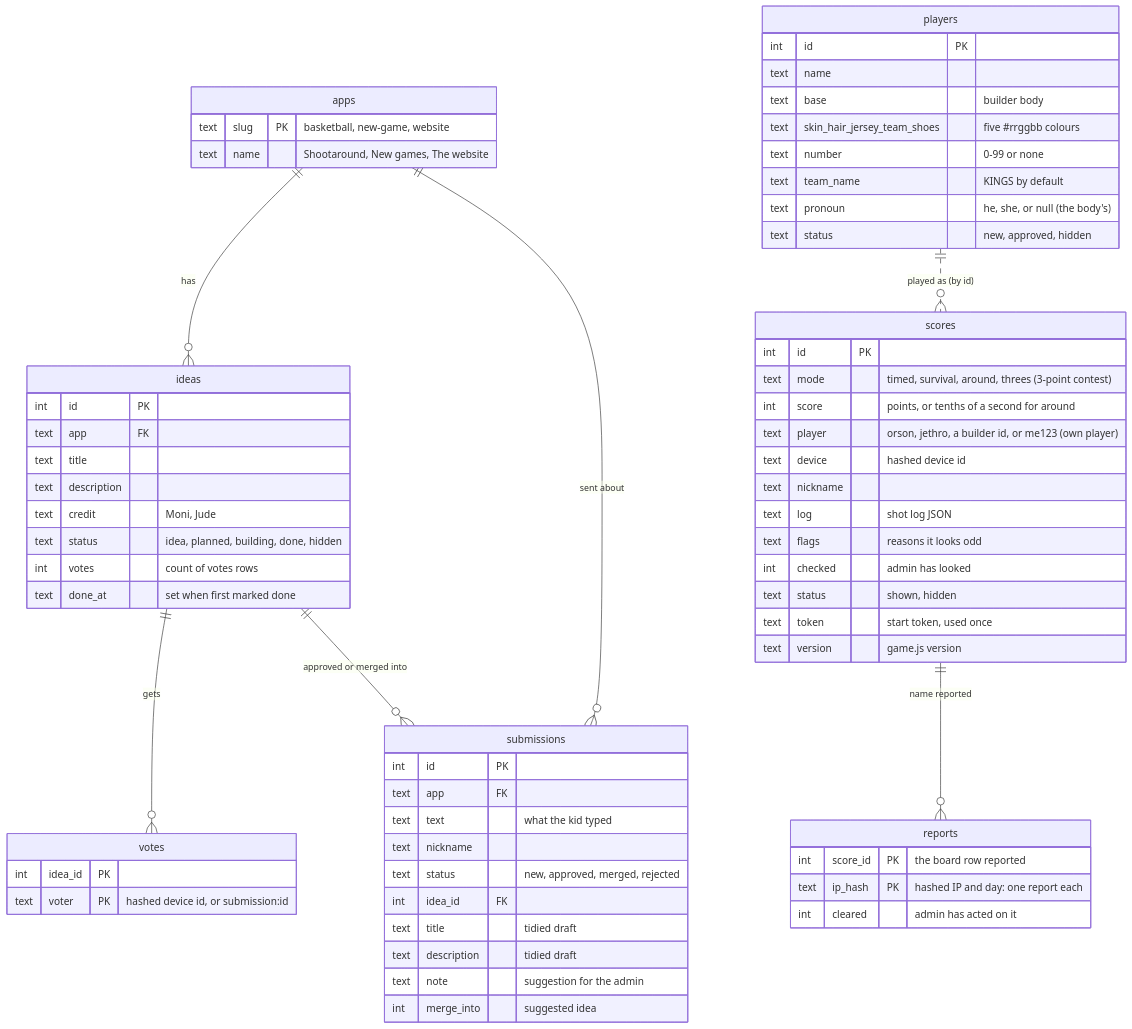
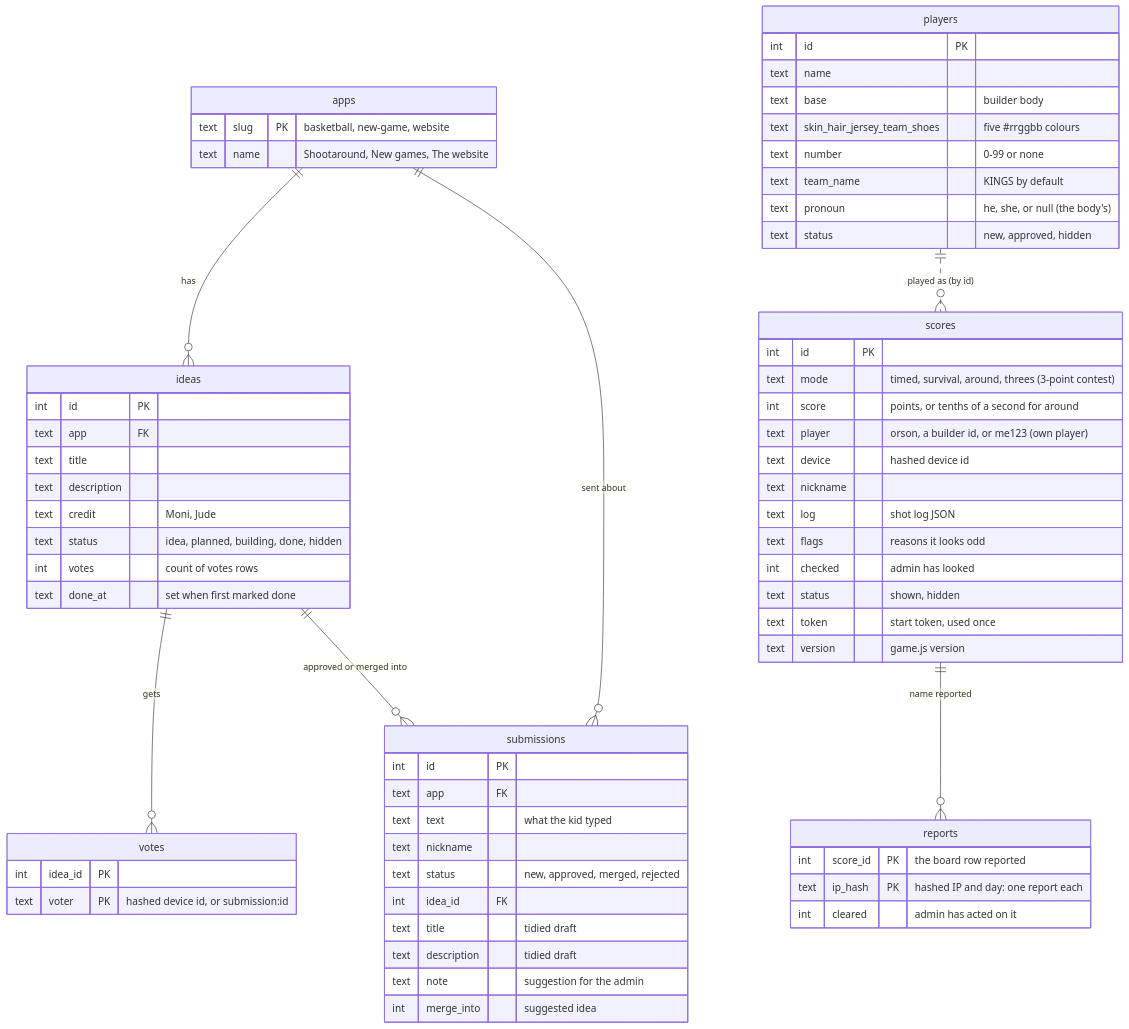
Before and after one commit to orsonbrooker/orsonbrooker.github.io: the third of 7 diagrams in docs/architecture.md, drawn with Mermaid. The commit also changed other lines of this file and 10 other files, not shown here.

First line of the commit message:
Remove Jethro as a built-in player

````diff
--- a/docs/architecture.md
+++ b/docs/architecture.md
@@ -88,69 +88,69 @@
 ```mermaid
 erDiagram
   apps ||--o{ ideas : "has"
   apps ||--o{ submissions : "sent about"
   ideas ||--o{ votes : "gets"
   ideas ||--o{ submissions : "approved or merged into"
   players ||..o{ scores : "played as (by id)"
   scores ||--o{ reports : "name reported"
 
   apps {
     text slug PK "basketball, new-game, website"
     text name "Shootaround, New games, The website"
   }
   submissions {
     int id PK
     text app FK
     text text "what the kid typed"
     text nickname
     text status "new, approved, merged, rejected"
     int idea_id FK
     text title "tidied draft"
     text description "tidied draft"
     text note "suggestion for the admin"
     int merge_into "suggested idea"
   }
   ideas {
     int id PK
     text app FK
     text title
     text description
     text credit "Moni, Jude"
     text status "idea, planned, building, done, hidden"
     int votes "count of votes rows"
     text done_at "set when first marked done"
   }
   votes {
     int idea_id PK
     text voter PK "hashed device id, or submission:id"
   }
   players {
     int id PK
     text name
     text base "builder body"
     text skin_hair_jersey_team_shoes "five #rrggbb colours"
     text number "0-99 or none"
     text team_name "KINGS by default"
     text pronoun "he, she, or null (the body's)"
     text status "new, approved, hidden"
   }
   scores {
     int id PK
     text mode "timed, survival, around, threes (3-point contest)"
     int score "points, or tenths of a second for around"
-    text player "orson, jethro, a builder id, or me123 (own player)"
+    text player "orson, a builder id, or me123 (own player)"
     text device "hashed device id"
     text nickname
     text log "shot log JSON"
     text flags "reasons it looks odd"
     int checked "admin has looked"
     text status "shown, hidden"
     text token "start token, used once"
     text version "game.js version"
   }
   reports {
     int score_id PK "the board row reported"
     text ip_hash PK "hashed IP and day: one report each"
     int cleared "admin has acted on it"
   }
 ```
````
